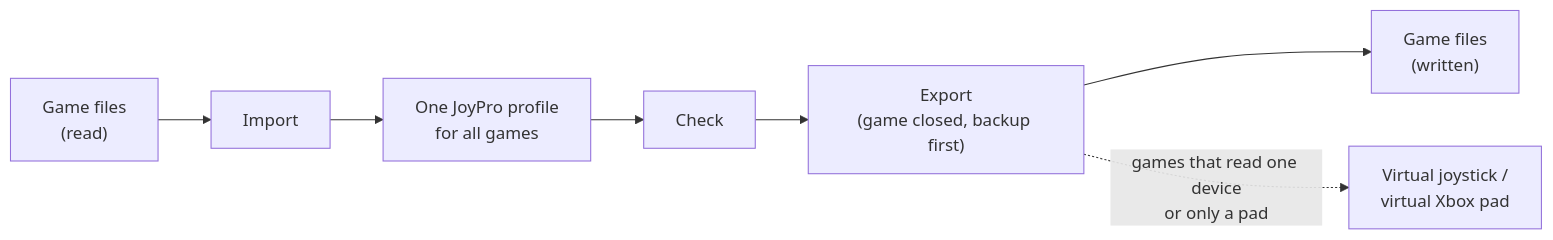
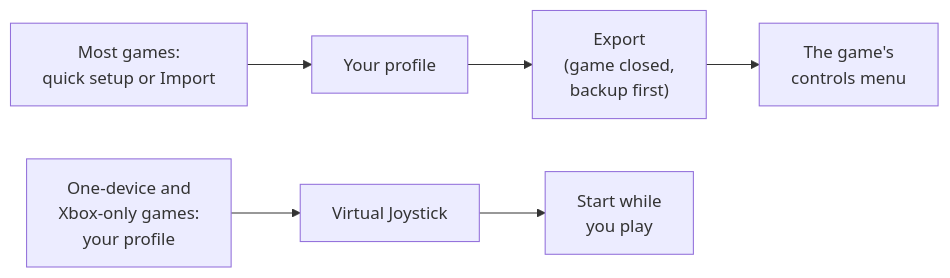
Before and after one commit to Holdi601/JoystickProfiler2: the diagram in website/content/games/index.md, drawn with Mermaid. The commit also changed other lines of this file and 718 other files, not shown here.

Commit message:
JoyPro2 2.7.0

````diff
--- a/website/content/games/index.md
+++ b/website/content/games/index.md
@@ -21,9 +32,9 @@
 ```mermaid
+%% caption: Most games: Export writes your binds into the game's files. One-device and Xbox-only games: JoyPro sends your inputs live while Start is on. Xbox-only games get nothing written.
 flowchart LR
-  G["Game files<br/>(read)"] --> I["Import"]
-  I --> P["One JoyPro profile<br/>for all games"]
-  P --> C["Check"]
-  C --> E["Export<br/>(game closed, backup first)"]
-  E --> F["Game files<br/>(written)"]
-  E -. "games that read one device<br/>or only a pad" .-> V["Virtual joystick /<br/>virtual Xbox pad"]
+  I["Most games:<br/>quick setup or Import"] --> P["Your profile"]
+  P --> E["Export<br/>(game closed,<br/>backup first)"]
+  E --> M["The game's<br/>controls menu"]
+  Q["One-device and<br/>Xbox-only games:<br/>your profile"] --> V["Virtual Joystick"]
+  V --> S["Start while<br/>you play"]
 ```
````
